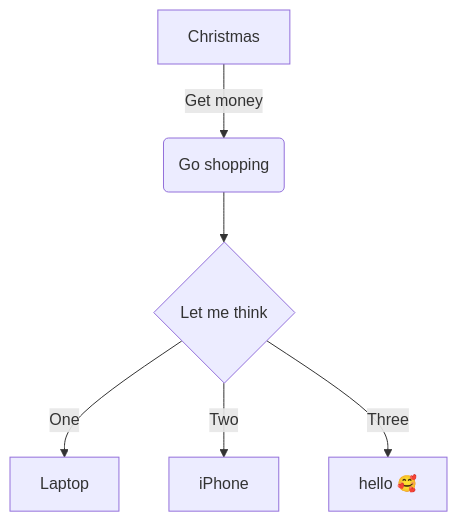
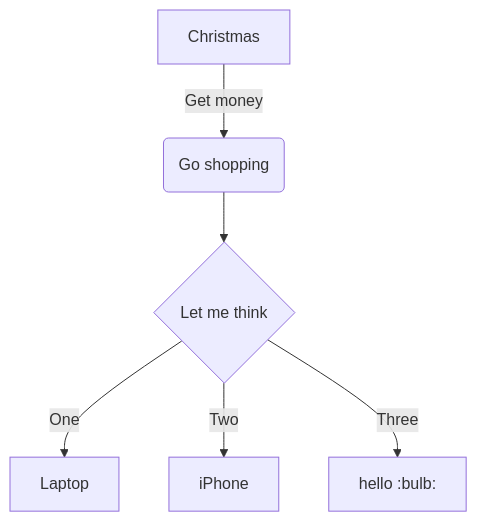
One commit to zqmillet/crazy-thursday changed the diagram in README.md. Above: the diagram before and after it, drawn with Mermaid.

Commit message:
[Debug] debug.

````diff
--- a/README.md
+++ b/README.md
@@ -38,8 +38,8 @@
 ```mermaid
 graph TD
     A[Christmas] -->|Get money| B(Go shopping)
     B --> C{Let me think}
     C -->|One| D[Laptop]
     C -->|Two| E[iPhone]
-    C -->|Three| F["hello 🥰"]
+    C -->|Three| F["hello :bulb:"]
 ```
````
